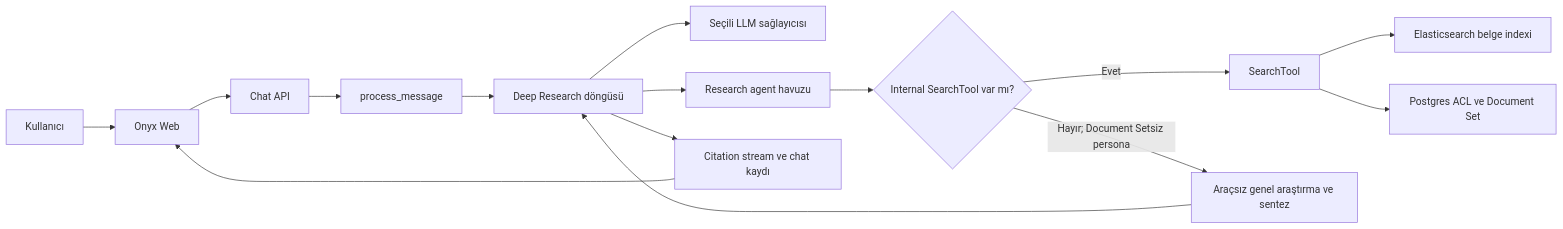
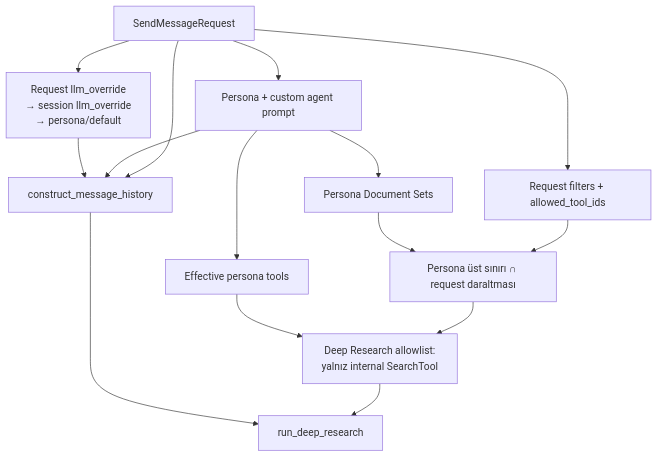
One commit to atezsoftware/customs-regulations-chatbot changed the third of 9 diagrams in docs/deep-research-workflow.md. Above: the diagram before and after it, drawn with Mermaid. The commit also changed other lines of this file and 17 other files, not shown here.

````diff
--- a/docs/deep-research-workflow.md
+++ b/docs/deep-research-workflow.md
@@ -11,17 +98,17 @@
 ```mermaid
-flowchart LR
-    user["Kullanıcı"] --> web["Onyx Web"]
-    web --> api["Chat API"]
-    api --> dispatch["process_message"]
-    dispatch --> loop["Deep Research döngüsü"]
-    loop --> model["Seçili LLM sağlayıcısı"]
-    loop --> agents["Research agent havuzu"]
-    agents --> searchMode{"Internal SearchTool var mı?"}
-    searchMode -- "Evet" --> search["SearchTool"]
-    search --> index["Elasticsearch belge indexi"]
-    search --> db["Postgres ACL ve Document Set"]
-    searchMode -- "Hayır; Document Setsiz persona" --> general["Araçsız genel araştırma ve sentez"]
-    general --> loop
-    loop --> stream["Citation stream ve chat kaydı"]
-    stream --> web
+flowchart TB
+    REQ["SendMessageRequest"] --> MODEL["Request llm_override<br/>→ session llm_override<br/>→ persona/default"]
+    REQ --> PERSONA["Persona + custom agent prompt"]
+    REQ --> FILTERS["Request filters + allowed_tool_ids"]
+    PERSONA --> TOOLS["Effective persona tools"]
+    TOOLS --> ONLY["Deep Research allowlist:<br/>yalnız internal SearchTool"]
+    PERSONA --> SETS["Persona Document Sets"]
+    SETS --> INTERSECT["Persona üst sınırı ∩ request daraltması"]
+    FILTERS --> INTERSECT
+    INTERSECT --> ONLY
+    MODEL --> HISTORY["construct_message_history"]
+    PERSONA --> HISTORY
+    REQ --> HISTORY
+    HISTORY --> DR["run_deep_research"]
+    ONLY --> DR
 ```
````
